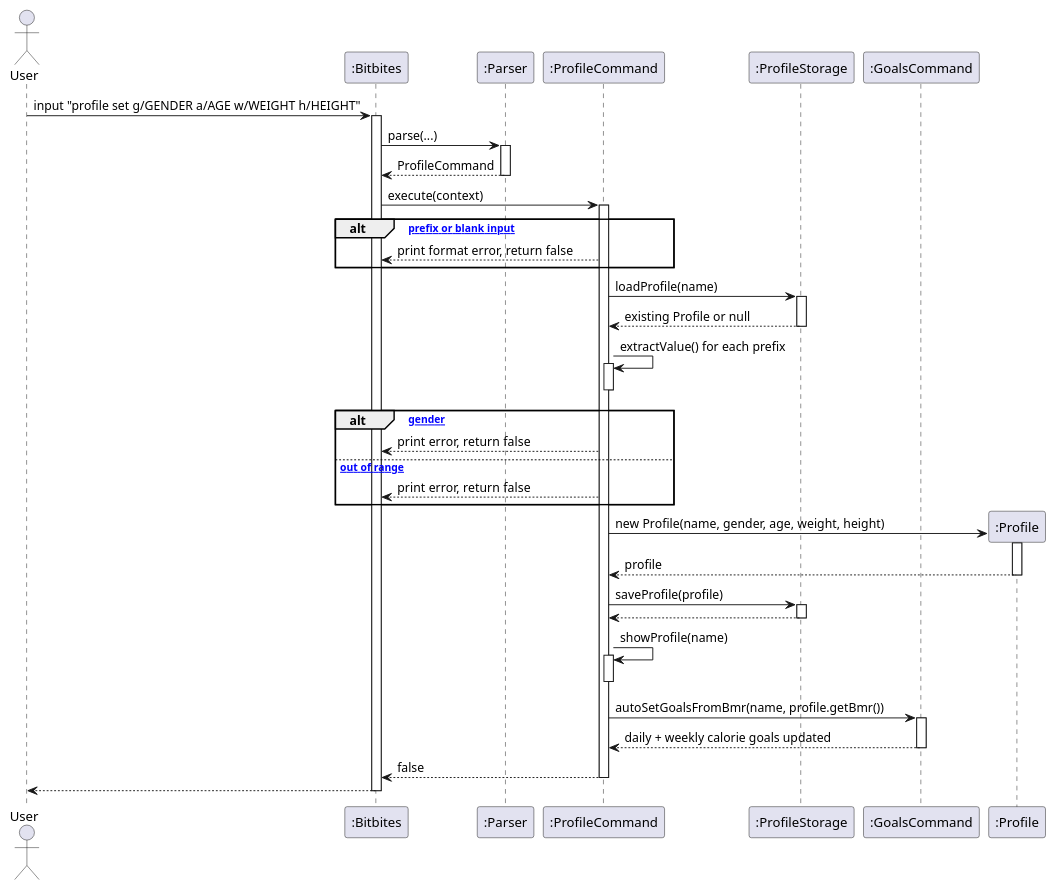
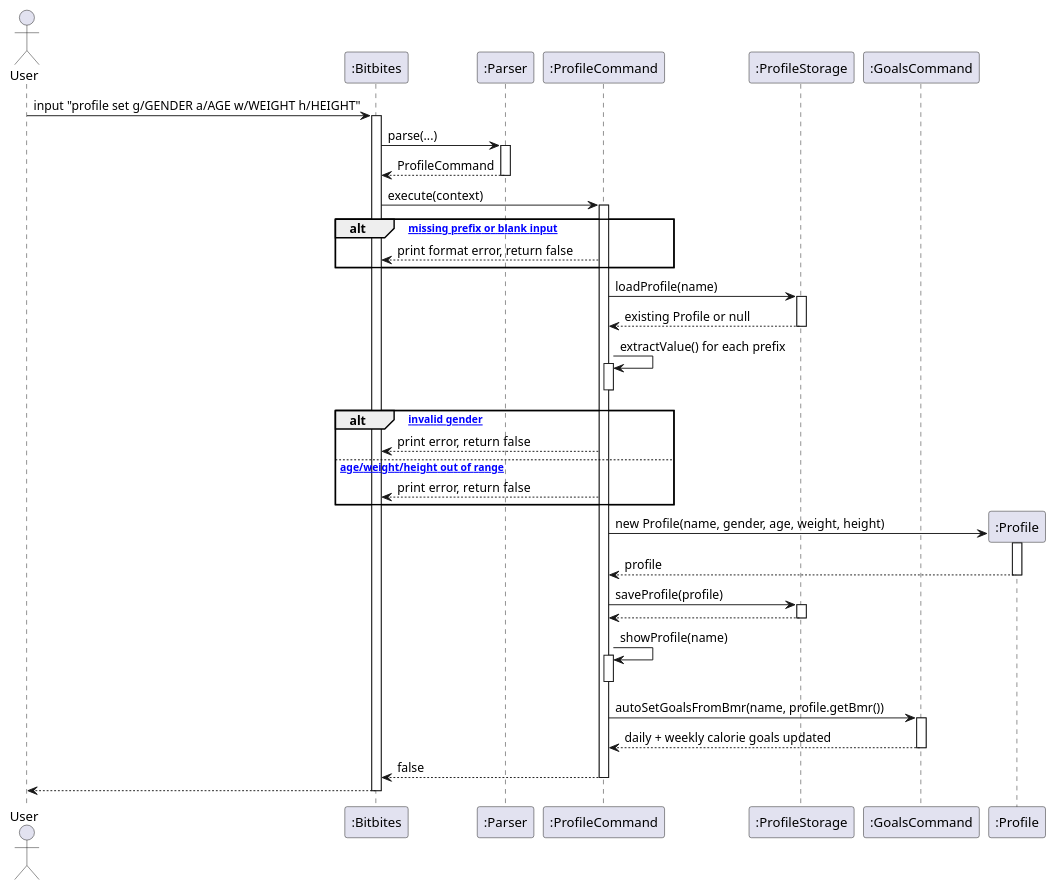
One commit to AY2526S2-CS2113-F14-2/tp changed the diagram in docs/uml/profile_set.puml. Above: the diagram before and after it, drawn with PlantUML. The commit also changed 15 other files, not shown here.

```diff
--- a/docs/uml/profile_set.puml
+++ b/docs/uml/profile_set.puml
@@ -1,65 +1,65 @@
 @startuml
 actor User
 participant ":Bitbites" as Bitbites
 participant ":Parser" as Parser
 participant ":ProfileCommand" as ProfileCommand
 participant ":ProfileStorage" as ProfileStorage
 participant ":GoalsCommand" as GoalsCommand
 participant ":Profile" as Profile
 
 User -> Bitbites : input "profile set g/GENDER a/AGE w/WEIGHT h/HEIGHT"
 activate Bitbites
 
 Bitbites -> Parser : parse(...)
 activate Parser
 Parser --> Bitbites : ProfileCommand
 deactivate Parser
 
 Bitbites -> ProfileCommand : execute(context)
 activate ProfileCommand
 
-alt [missing prefix or blank input]
+alt [* missing prefix or blank input]
   ProfileCommand --> Bitbites : print format error, return false
 end
 
 ProfileCommand -> ProfileStorage : loadProfile(name)
 activate ProfileStorage
 ProfileStorage --> ProfileCommand : existing Profile or null
 deactivate ProfileStorage
 
 ProfileCommand -> ProfileCommand : extractValue() for each prefix
 activate ProfileCommand
 deactivate ProfileCommand
 
-alt [invalid gender]
+alt [* invalid gender]
   ProfileCommand --> Bitbites : print error, return false
-else [age/weight/height out of range]
+else [* age/weight/height out of range]
   ProfileCommand --> Bitbites : print error, return false
 end
 
 create Profile
 ProfileCommand -> Profile : new Profile(name, gender, age, weight, height)
 activate Profile
 Profile --> ProfileCommand : profile
 deactivate Profile
 
 ProfileCommand -> ProfileStorage : saveProfile(profile)
 activate ProfileStorage
 ProfileStorage --> ProfileCommand
 deactivate ProfileStorage
 
 ProfileCommand -> ProfileCommand : showProfile(name)
 activate ProfileCommand
 deactivate ProfileCommand
 
 ProfileCommand -> GoalsCommand : autoSetGoalsFromBmr(name, profile.getBmr())
 activate GoalsCommand
 GoalsCommand --> ProfileCommand : daily + weekly calorie goals updated
 deactivate GoalsCommand
 
 ProfileCommand --> Bitbites : false
 deactivate ProfileCommand
 
 Bitbites --> User
 deactivate Bitbites
 @enduml
```
